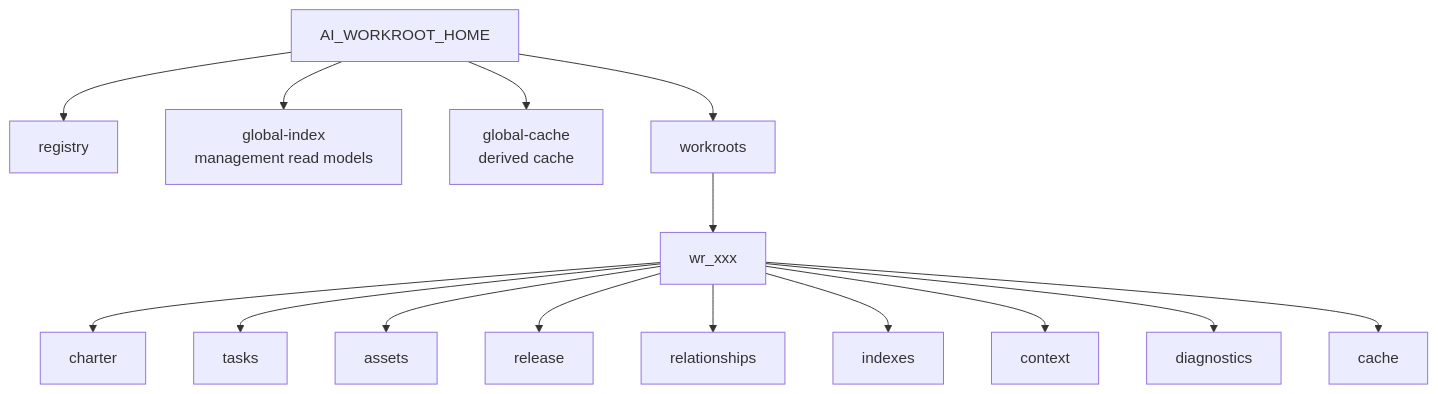
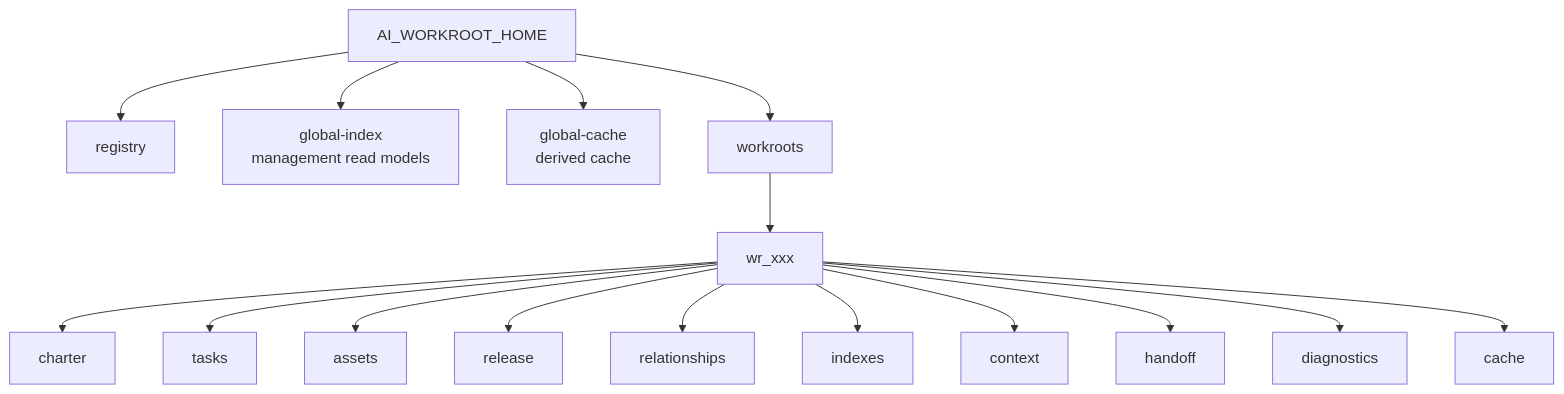
Before and after one commit to ai-workroot/ai-workroot: the fourth of 6 diagrams in docs/architecture-map.md, drawn with Mermaid. The commit also changed other lines of this file and 54 other files, not shown here.

Commit message:
refactor: finalize architecture review cleanup

````diff
--- a/docs/architecture-map.md
+++ b/docs/architecture-map.md
@@ -80,17 +84,18 @@
 ```mermaid
 flowchart TB
   Home[AI_WORKROOT_HOME] --> Registry[registry]
   Home --> GlobalIndex[global-index<br/>management read models]
   Home --> GlobalCache[global-cache<br/>derived cache]
   Home --> Workroots[workroots]
   Workroots --> One[wr_xxx]
   One --> Charter[charter]
   One --> Tasks[tasks]
   One --> Assets[assets]
   One --> Release[release]
   One --> Relationships[relationships]
   One --> Indexes[indexes]
   One --> Context[context]
+  One --> Handoff[handoff]
   One --> Diagnostics[diagnostics]
   One --> Cache[cache]
 ```
````
